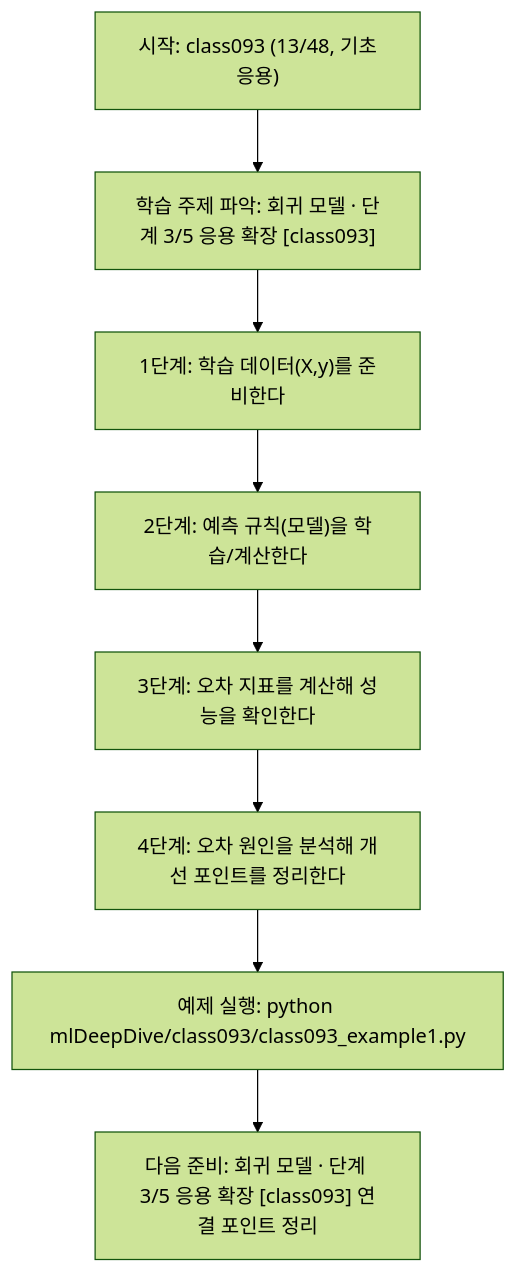
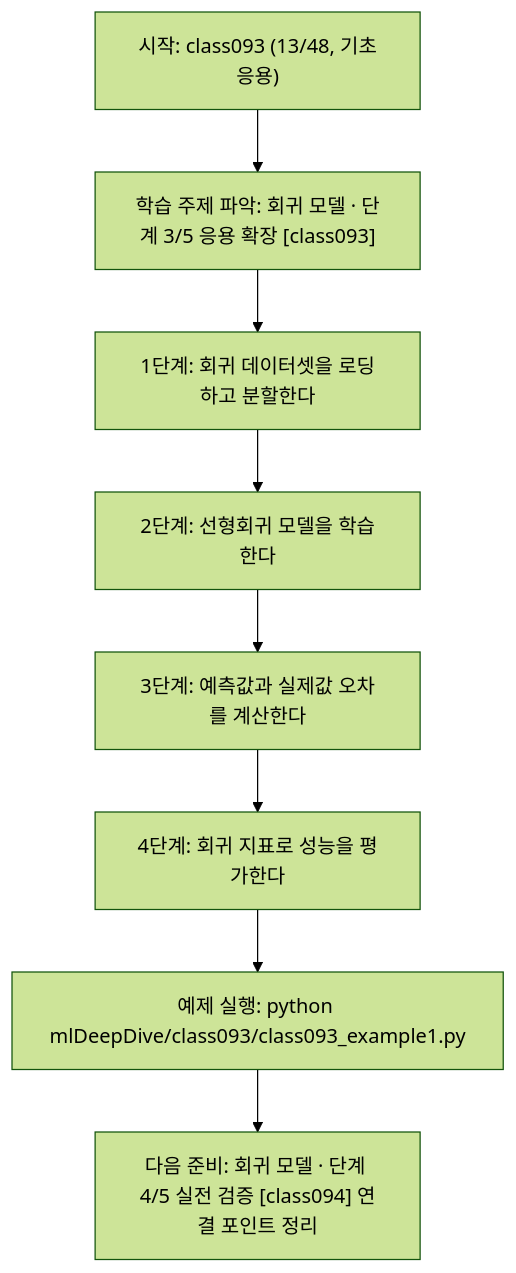
One commit to edumgt/Python-AI_Agent-Class changed the diagram in mlDeepDive/class093/class093.md. Above: the diagram before and after it, drawn with Mermaid (forest theme). The commit also changed other lines of this file and 338 other files, not shown here.

````diff
--- a/mlDeepDive/class093/class093.md
+++ b/mlDeepDive/class093/class093.md
@@ -109,18 +91,18 @@
 ```mermaid
 flowchart TD
 N1["시작: class093 (13/48, 기초응용)"]
 N2["학습 주제 파악: 회귀 모델 · 단계 3/5 응용 확장 [class093]"]
-N3["1단계: 학습 데이터(X,y)를 준비한다"]
-N4["2단계: 예측 규칙(모델)을 학습/계산한다"]
-N5["3단계: 오차 지표를 계산해 성능을 확인한다"]
-N6["4단계: 오차 원인을 분석해 개선 포인트를 정리한다"]
+N3["1단계: 회귀 데이터셋을 로딩하고 분할한다"]
+N4["2단계: 선형회귀 모델을 학습한다"]
+N5["3단계: 예측값과 실제값 오차를 계산한다"]
+N6["4단계: 회귀 지표로 성능을 평가한다"]
 N7["예제 실행: python mlDeepDive/class093/class093_example1.py"]
-N8["다음 준비: 회귀 모델 · 단계 3/5 응용 확장 [class093] 연결 포인트 정리"]
+N8["다음 준비: 회귀 모델 · 단계 4/5 실전 검증 [class094] 연결 포인트 정리"]
 N1 --> N2
 N2 --> N3
 N3 --> N4
 N4 --> N5
 N5 --> N6
 N6 --> N7
 N7 --> N8
 ```
````
